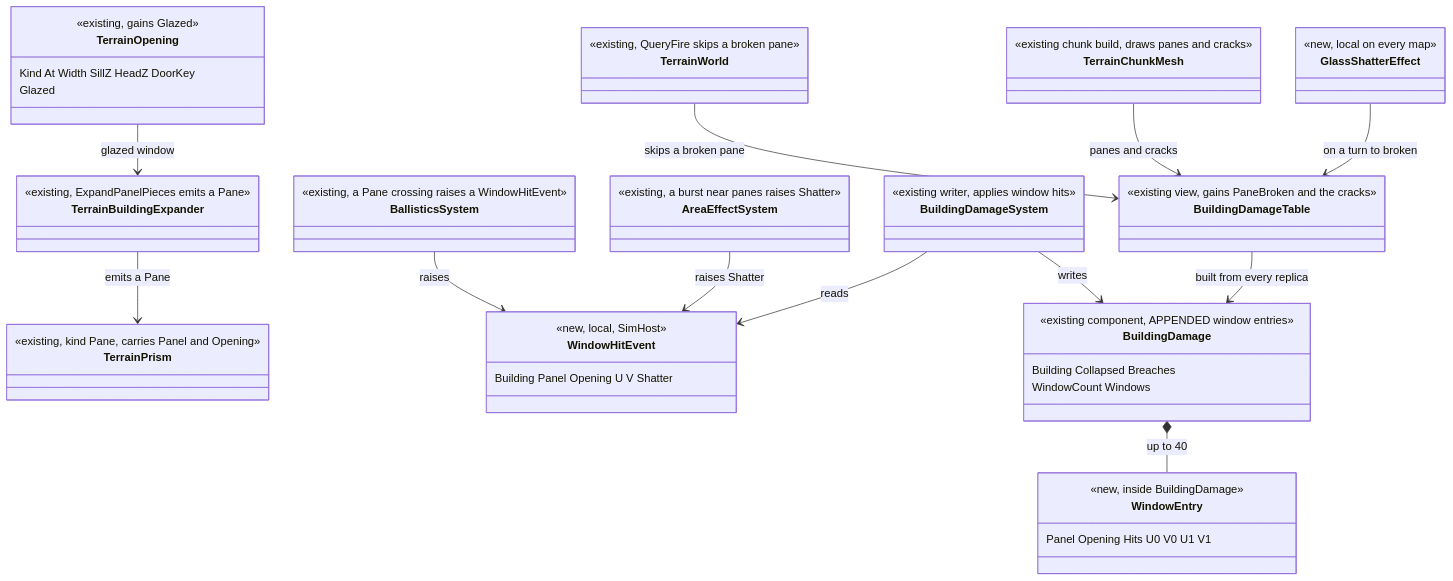
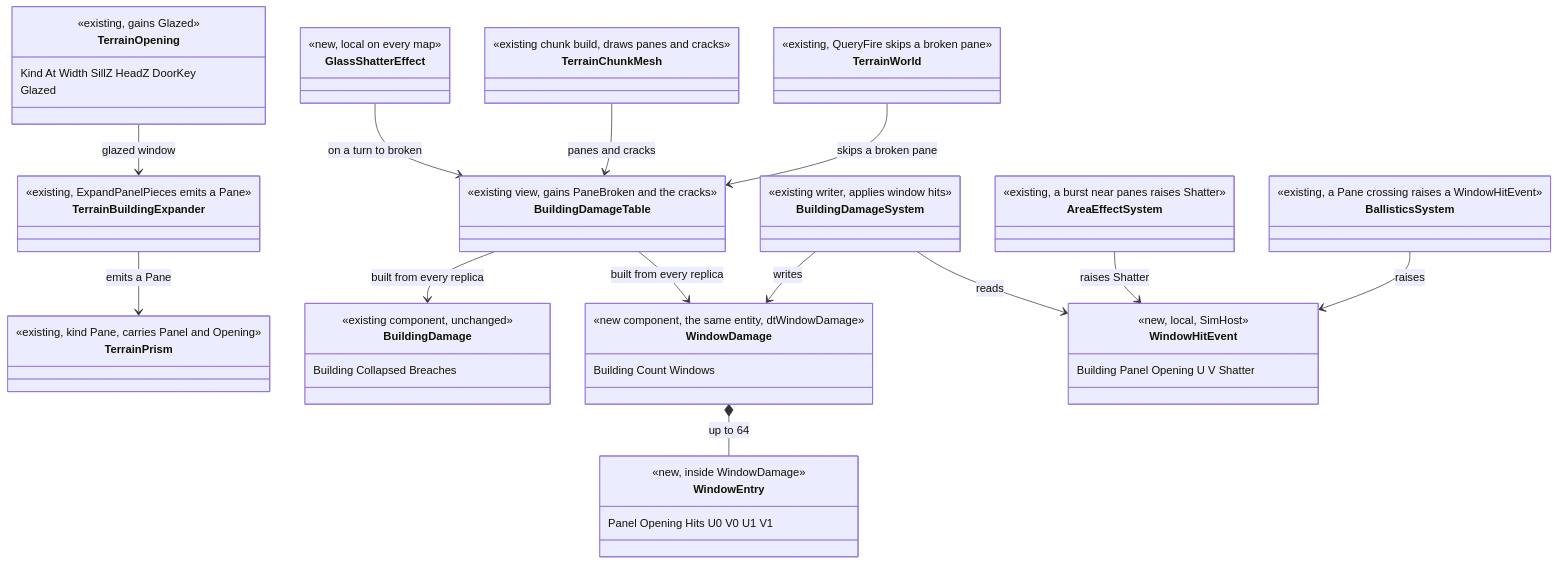
One commit to pjanec/HROT changed the first of 3 diagrams in docs/DESIGN_Glass_Windows.md. Above: the diagram before and after it, drawn with Mermaid. The commit also changed other lines of this file and 1 other file, not shown here.

First line of the commit message:
DESIGN_Glass_Windows D-3 revised: a separate WindowDamage on the same damage entity (records share identity, not meaning or write rate); BuildingDamage untouched

````diff
--- a/docs/DESIGN_Glass_Windows.md
+++ b/docs/DESIGN_Glass_Windows.md
@@ -71,59 +72,63 @@
 ```mermaid
 classDiagram
   class TerrainOpening {
     <<existing, gains Glazed>>
     Kind At Width SillZ HeadZ DoorKey
     Glazed
   }
   class TerrainBuildingExpander {
     <<existing, ExpandPanelPieces emits a Pane>>
   }
   class TerrainPrism {
     <<existing, kind Pane, carries Panel and Opening>>
   }
   class BuildingDamage {
-    <<existing component, APPENDED window entries>>
+    <<existing component, unchanged>>
     Building Collapsed Breaches
-    WindowCount Windows
+  }
+  class WindowDamage {
+    <<new component, the same entity, dtWindowDamage>>
+    Building Count Windows
   }
   class WindowEntry {
-    <<new, inside BuildingDamage>>
+    <<new, inside WindowDamage>>
     Panel Opening Hits U0 V0 U1 V1
   }
   class WindowHitEvent {
     <<new, local, SimHost>>
     Building Panel Opening U V Shatter
   }
   class BallisticsSystem {
     <<existing, a Pane crossing raises a WindowHitEvent>>
   }
   class AreaEffectSystem {
     <<existing, a burst near panes raises Shatter>>
   }
   class BuildingDamageSystem {
     <<existing writer, applies window hits>>
   }
   class BuildingDamageTable {
     <<existing view, gains PaneBroken and the cracks>>
   }
   class TerrainWorld {
     <<existing, QueryFire skips a broken pane>>
   }
   class TerrainChunkMesh {
     <<existing chunk build, draws panes and cracks>>
   }
   class GlassShatterEffect {
     <<new, local on every map>>
   }
   TerrainOpening --> TerrainBuildingExpander : glazed window
   TerrainBuildingExpander --> TerrainPrism : emits a Pane
   BallisticsSystem --> WindowHitEvent : raises
   AreaEffectSystem --> WindowHitEvent : raises Shatter
   BuildingDamageSystem --> WindowHitEvent : reads
-  BuildingDamageSystem --> BuildingDamage : writes
-  BuildingDamage *-- WindowEntry : up to 40
+  BuildingDamageSystem --> WindowDamage : writes
+  WindowDamage *-- WindowEntry : up to 64
   BuildingDamageTable --> BuildingDamage : built from every replica
+  BuildingDamageTable --> WindowDamage : built from every replica
   TerrainWorld --> BuildingDamageTable : skips a broken pane
   TerrainChunkMesh --> BuildingDamageTable : panes and cracks
   GlassShatterEffect --> BuildingDamageTable : on a turn to broken
 ```
````
